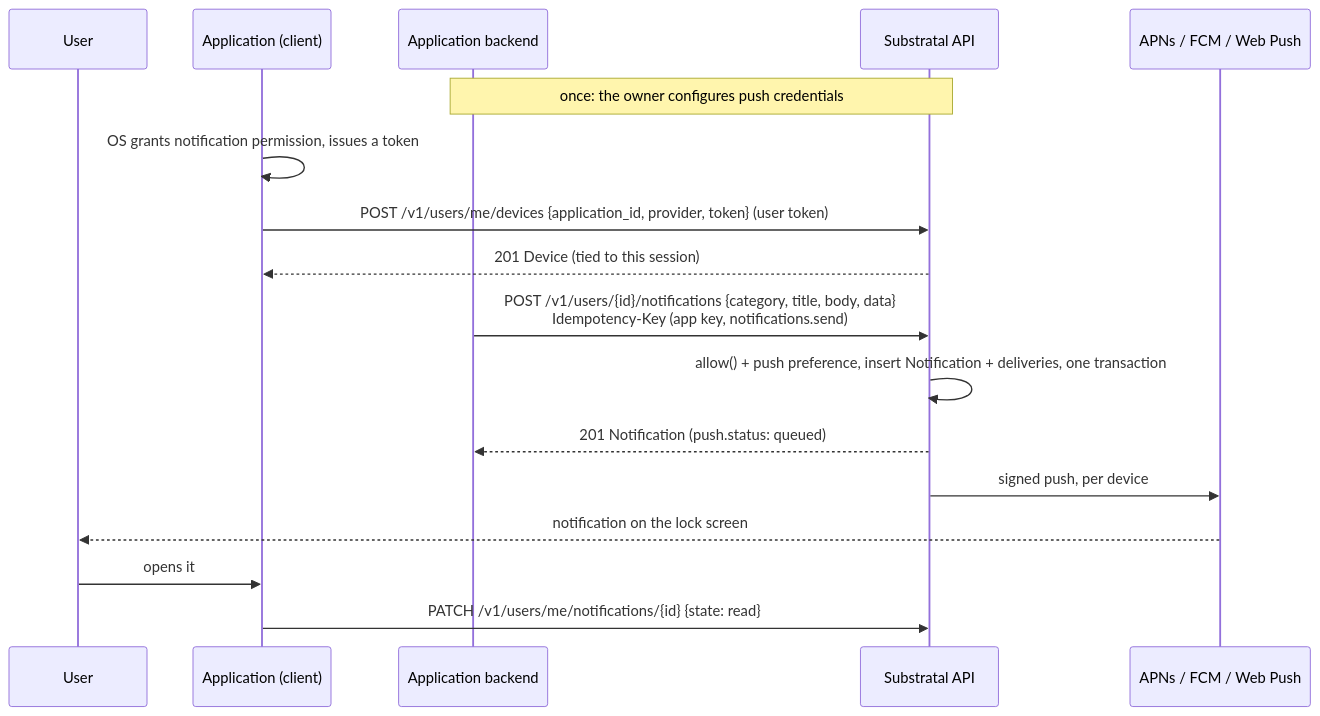
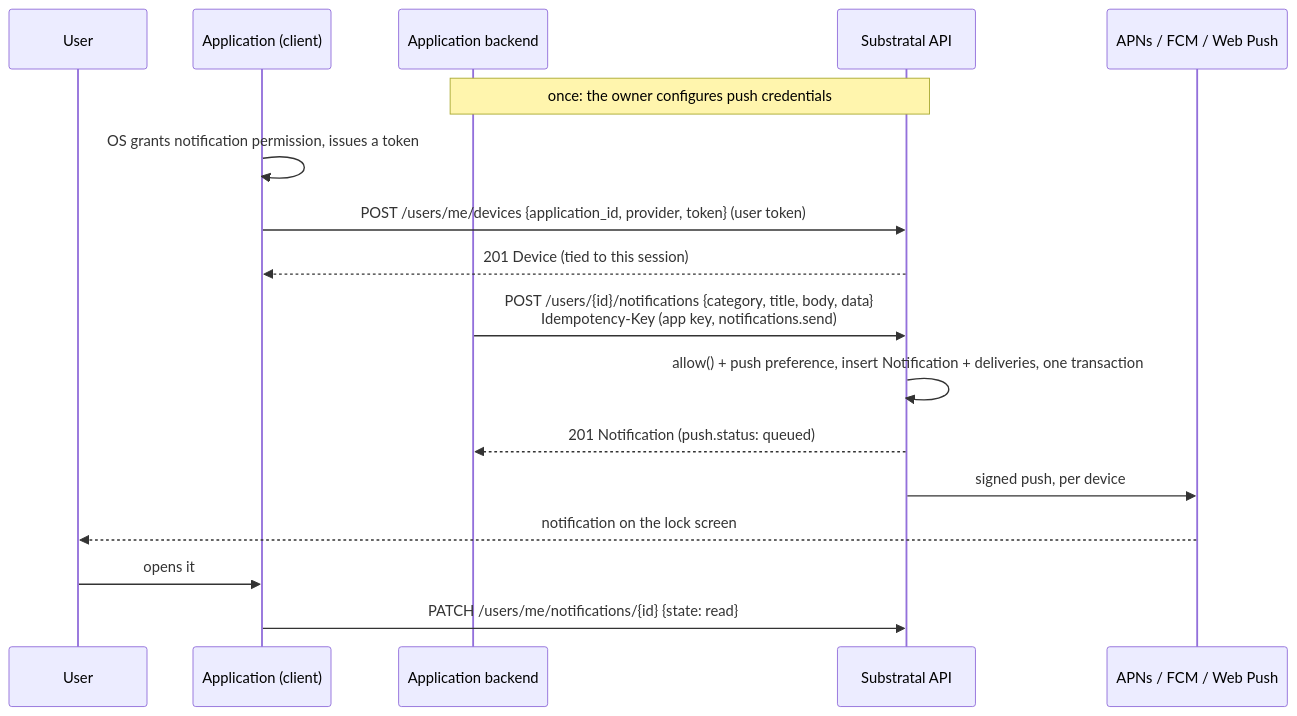
One commit to CompositeCode/substratalapps.com changed the third of 3 diagrams in docs/workflows.md. Above: the diagram before and after it, drawn with Mermaid. The commit also changed other lines of this file and 77 other files, not shown here.

````diff
--- a/docs/workflows.md
+++ b/docs/workflows.md
@@ -150,20 +150,20 @@
 ```mermaid
 sequenceDiagram
     participant User
     participant App as Application (client)
     participant Backend as Application backend
     participant Hub as Substratal API
     participant Provider as APNs / FCM / Web Push
 
     Note over Backend,Hub: once: the owner configures push credentials
     App->>App: OS grants notification permission, issues a token
-    App->>Hub: POST /v1/users/me/devices {application_id, provider, token} (user token)
+    App->>Hub: POST /users/me/devices {application_id, provider, token} (user token)
     Hub-->>App: 201 Device (tied to this session)
-    Backend->>Hub: POST /v1/users/{id}/notifications {category, title, body, data}<br/>Idempotency-Key (app key, notifications.send)
+    Backend->>Hub: POST /users/{id}/notifications {category, title, body, data}<br/>Idempotency-Key (app key, notifications.send)
     Hub->>Hub: allow() + push preference, insert Notification + deliveries, one transaction
     Hub-->>Backend: 201 Notification (push.status: queued)
     Hub->>Provider: signed push, per device
     Provider-->>User: notification on the lock screen
     User->>App: opens it
-    App->>Hub: PATCH /v1/users/me/notifications/{id} {state: read}
+    App->>Hub: PATCH /users/me/notifications/{id} {state: read}
 ```
````
